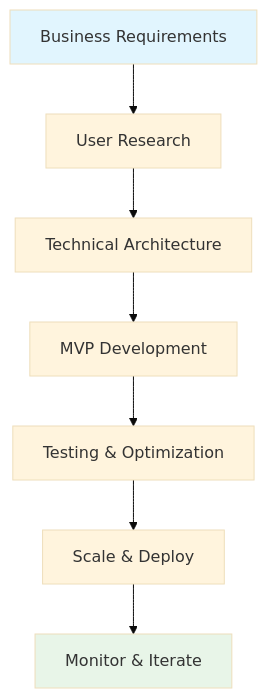
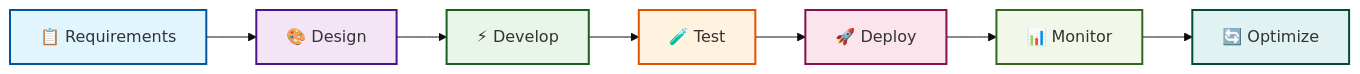
The diagram in README.md (George-Ionescu-dev/George-Ionescu-dev), drawn with Mermaid (base theme) before and after one commit. The commit also changed other lines of this file, not shown here.

````diff
--- a/README.md
+++ b/README.md
@@ -251,12 +366,17 @@
 ```mermaid
-graph TD
-    A[Business Requirements] --> B[User Research]
-    B --> C[Technical Architecture]
-    C --> D[MVP Development]
-    D --> E[Testing & Optimization]
-    E --> F[Scale & Deploy]
-    F --> G[Monitor & Iterate]
+graph LR
+    A[📋 Requirements] --> B[🎨 Design]
+    B --> C[⚡ Develop]
+    C --> D[🧪 Test]
+    D --> E[🚀 Deploy]
+    E --> F[📊 Monitor]
+    F --> G[🔄 Optimize]
     
-    style A fill:#e1f5fe
-    style G fill:#e8f5e8
+    style A fill:#e1f5fe,stroke:#01579b,stroke-width:2px
+    style B fill:#f3e5f5,stroke:#4a148c,stroke-width:2px
+    style C fill:#e8f5e8,stroke:#1b5e20,stroke-width:2px
+    style D fill:#fff3e0,stroke:#e65100,stroke-width:2px
+    style E fill:#fce4ec,stroke:#880e4f,stroke-width:2px
+    style F fill:#f1f8e9,stroke:#33691e,stroke-width:2px
+    style G fill:#e0f2f1,stroke:#004d40,stroke-width:2px
 ```
````
